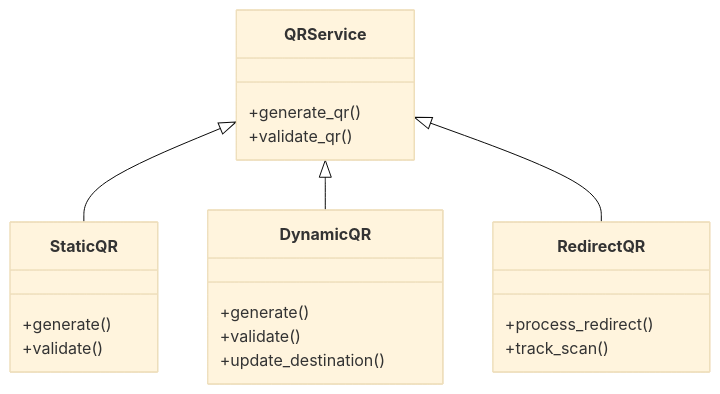
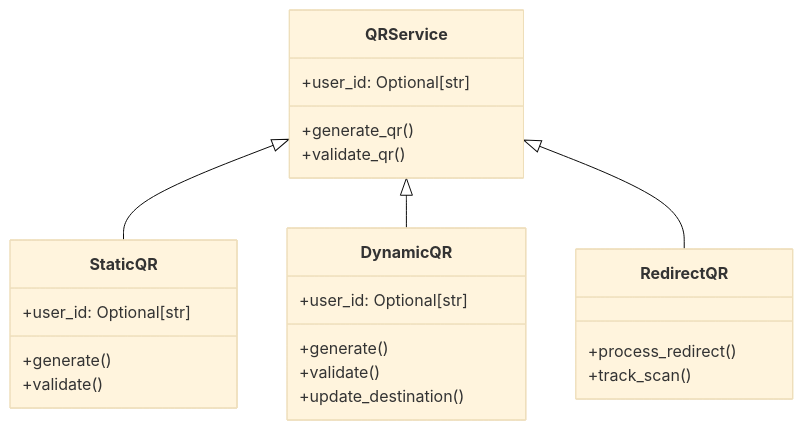
Before and after one commit to gsinghjay/mvp_qr_gen: the sixth of 10 diagrams in STORY.md, drawn with Mermaid (base theme). The commit also changed other lines of this file and 1 other file, not shown here.

Commit message:
chore: updated diagrams

````diff
--- a/STORY.md
+++ b/STORY.md
@@ -118,27 +302,30 @@
 ```mermaid
 classDiagram
     class QRService {
         +generate_qr()
         +validate_qr()
+        +user_id: Optional[str]
     }
     
     class StaticQR {
         +generate()
         +validate()
+        +user_id: Optional[str]
     }
     
     class DynamicQR {
         +generate()
         +validate()
         +update_destination()
+        +user_id: Optional[str]
     }
     
     class RedirectQR {
         +process_redirect()
         +track_scan()
     }
     
     QRService <|-- StaticQR
     QRService <|-- DynamicQR
     QRService <|-- RedirectQR
 ```
````
